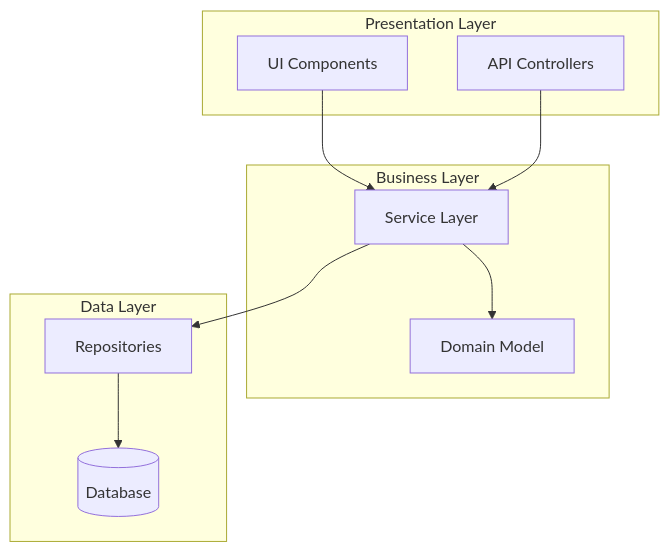
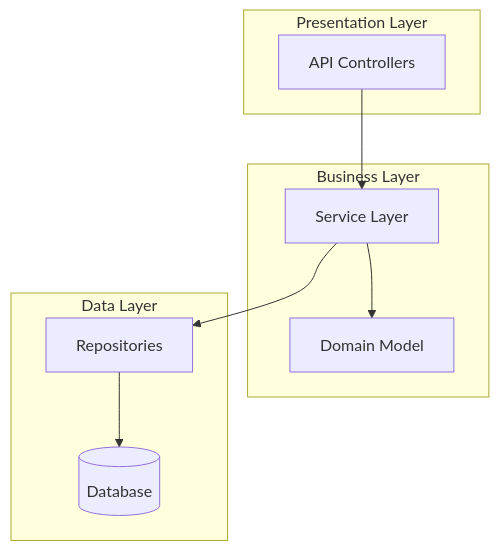
Before and after one commit to suriyel/longtaskforagent: the first of 8 diagrams in docs/templates/design-template.md, drawn with Mermaid. The commit also changed other lines of this file and 63 other files, not shown here.

````diff
--- a/docs/templates/design-template.md
+++ b/docs/templates/design-template.md
@@ -21,20 +21,18 @@
 ```mermaid
 graph TB
     subgraph Presentation Layer
-        UI[UI Components]
         API[API Controllers]
     end
     subgraph Business Layer
         SVC[Service Layer]
         DOM[Domain Model]
     end
     subgraph Data Layer
         REPO[Repositories]
         DB[(Database)]
     end
-    UI --> SVC
     API --> SVC
     SVC --> DOM
     SVC --> REPO
     REPO --> DB
 ```
````
